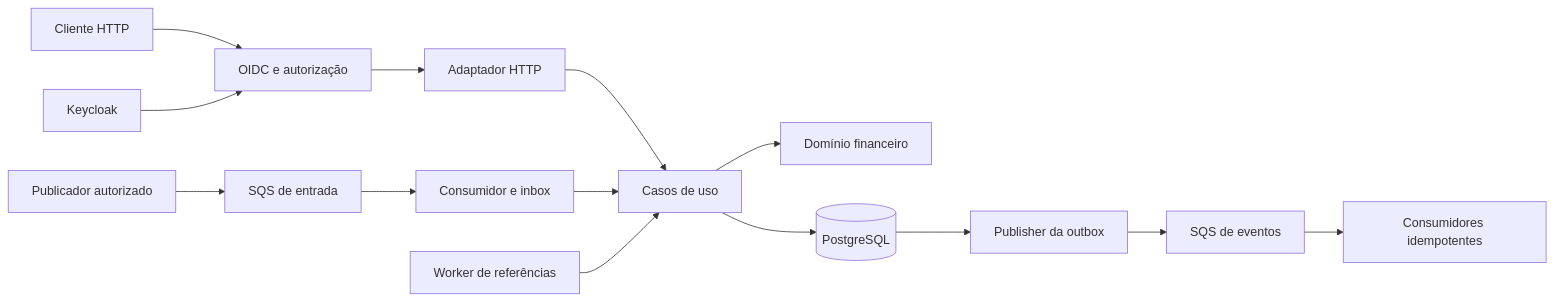
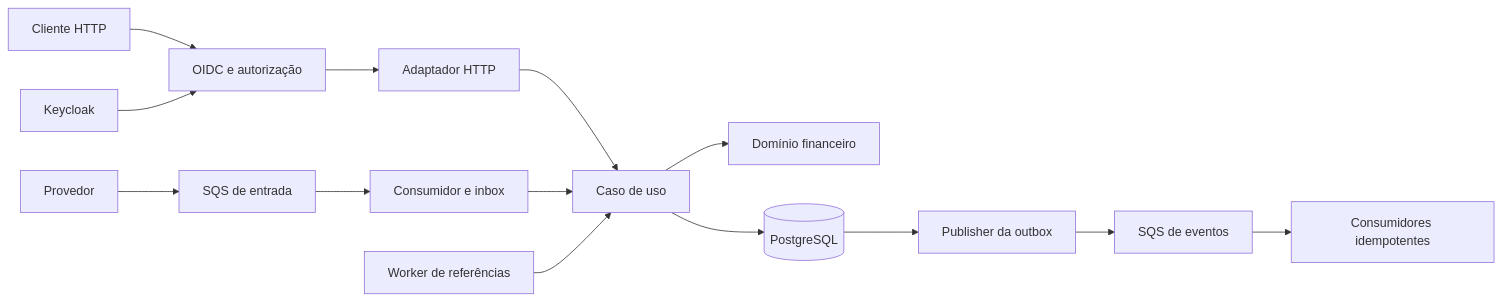
One commit to Antonyiuri/jungle-gaming-backend changed the first of 2 diagrams in ARCHITECTURE.md. Above: the diagram before and after it, drawn with Mermaid. The commit also changed other lines of this file and 5 other files, not shown here.

````diff
--- a/ARCHITECTURE.md
+++ b/ARCHITECTURE.md
@@ -13,16 +11,16 @@
 ```mermaid
 flowchart LR
     Client[Cliente HTTP] --> Auth[OIDC e autorização]
     IdP[Keycloak] --> Auth
     Auth --> HTTP[Adaptador HTTP]
-    Provider[Publicador autorizado] --> Input[SQS de entrada]
+    Provider[Provedor] --> Input[SQS de entrada]
     Input --> Consumer[Consumidor e inbox]
-    HTTP --> UseCase[Casos de uso]
+    HTTP --> UseCase[Caso de uso]
     Consumer --> UseCase
     Reference[Worker de referências] --> UseCase
     UseCase --> Domain[Domínio financeiro]
     UseCase --> DB[(PostgreSQL)]
     DB --> Publisher[Publisher da outbox]
     Publisher --> Output[SQS de eventos]
     Output --> Downstream[Consumidores idempotentes]
 ```
````
